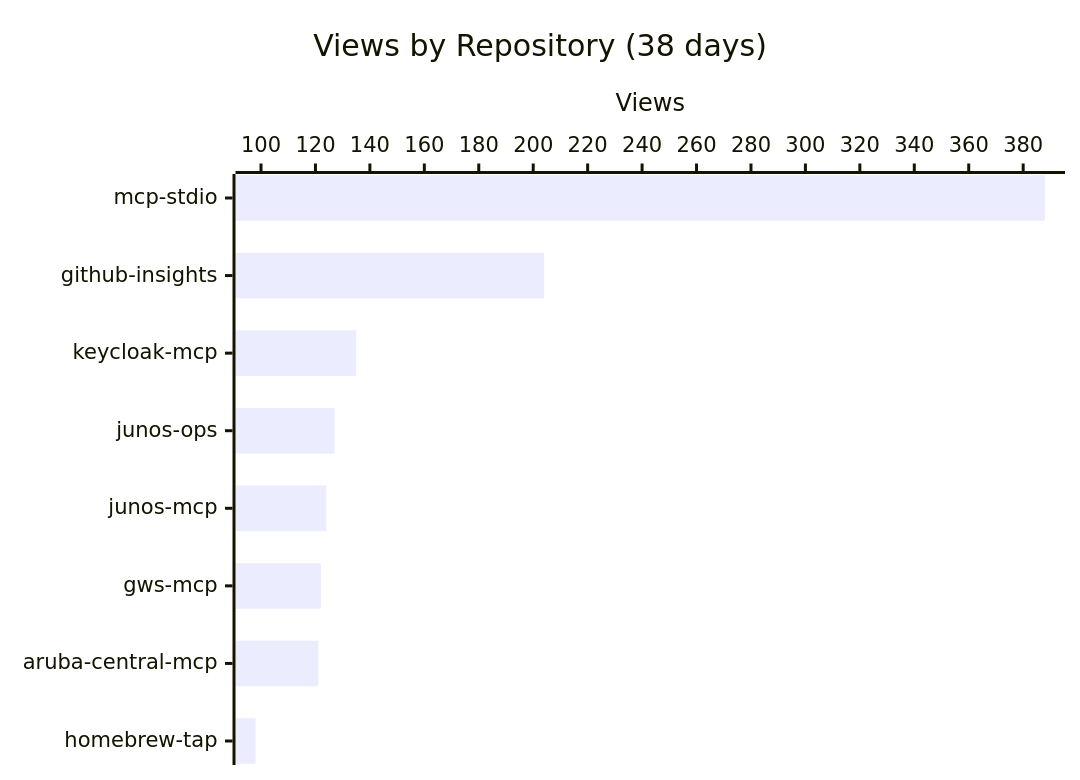
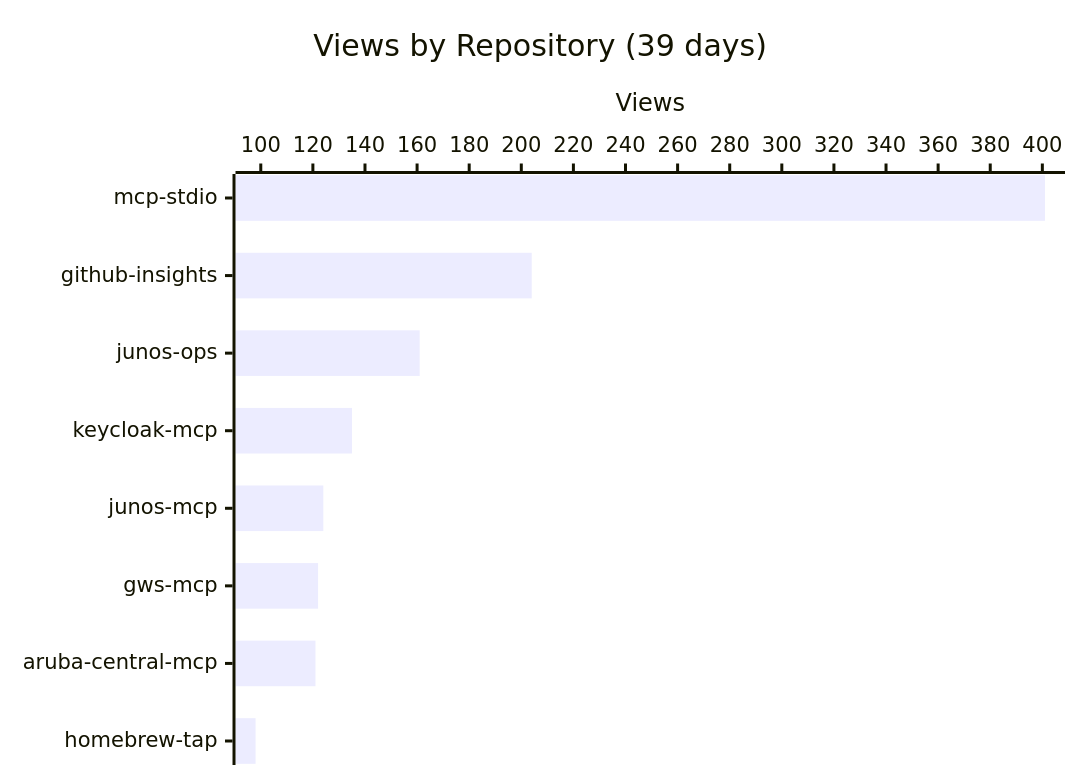
Before and after one commit to shigechika/github-insights: the first of 3 diagrams in README.md, drawn with Mermaid. The commit also changed other lines of this file and 1 other file, not shown here.

````diff
--- a/README.md
+++ b/README.md
@@ -16,7 +16,7 @@
 ```mermaid
 xychart-beta horizontal
-    title "Views by Repository (38 days)"
-    x-axis ["mcp-stdio", "github-insights", "keycloak-mcp", "junos-ops", "junos-mcp", "gws-mcp", "aruba-central-mcp", "homebrew-tap"]
+    title "Views by Repository (39 days)"
+    x-axis ["mcp-stdio", "github-insights", "junos-ops", "keycloak-mcp", "junos-mcp", "gws-mcp", "aruba-central-mcp", "homebrew-tap"]
     y-axis "Views"
-    bar [388, 204, 135, 127, 124, 122, 121, 98]
+    bar [401, 204, 161, 135, 124, 122, 121, 98]
 ```
````
